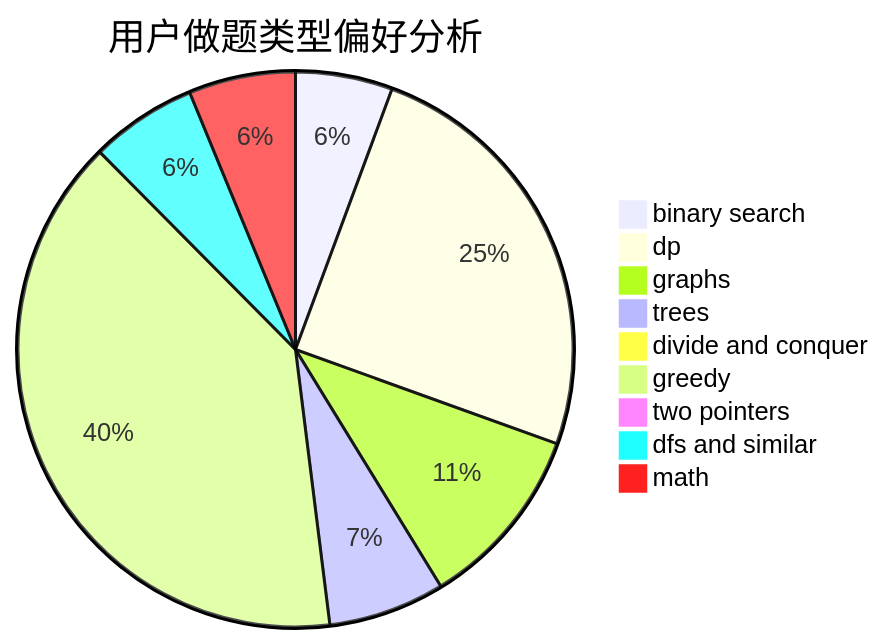
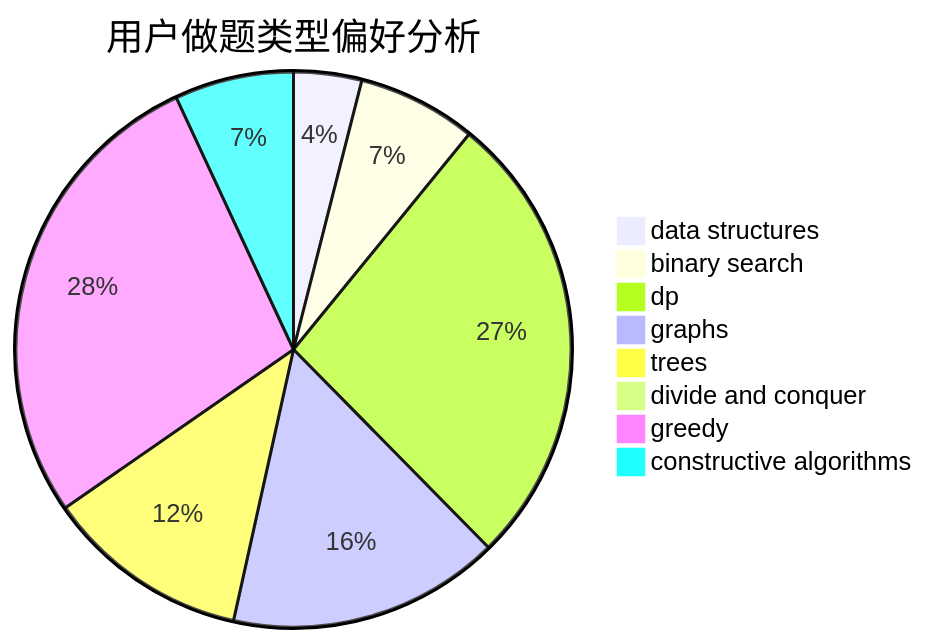
Before and after one commit to sherpahu/cfrs.github.io: the second of 3 diagrams in docs/user/u788.md, drawn with Mermaid. The commit also changed other lines of this file and 2775 other files, not shown here.

````diff
--- a/docs/user/u788.md
+++ b/docs/user/u788.md
@@ -23,12 +23,11 @@
 ```mermaid
 pie title 用户做题类型偏好分析
-    "binary search" :  10
-    "dp" :  44
-    "graphs" :  19
+    "data structures" :  4
+    "binary search" :  7
+    "dp" :  27
+    "graphs" :  16
     "trees" :  12
     "divide and conquer" :  0
-    "greedy" :  70
-    "two pointers" :  0
-    "dfs and similar" :  11
-    "math" :  11
+    "greedy" :  28
+    "constructive algorithms" :  7
 ```
````
